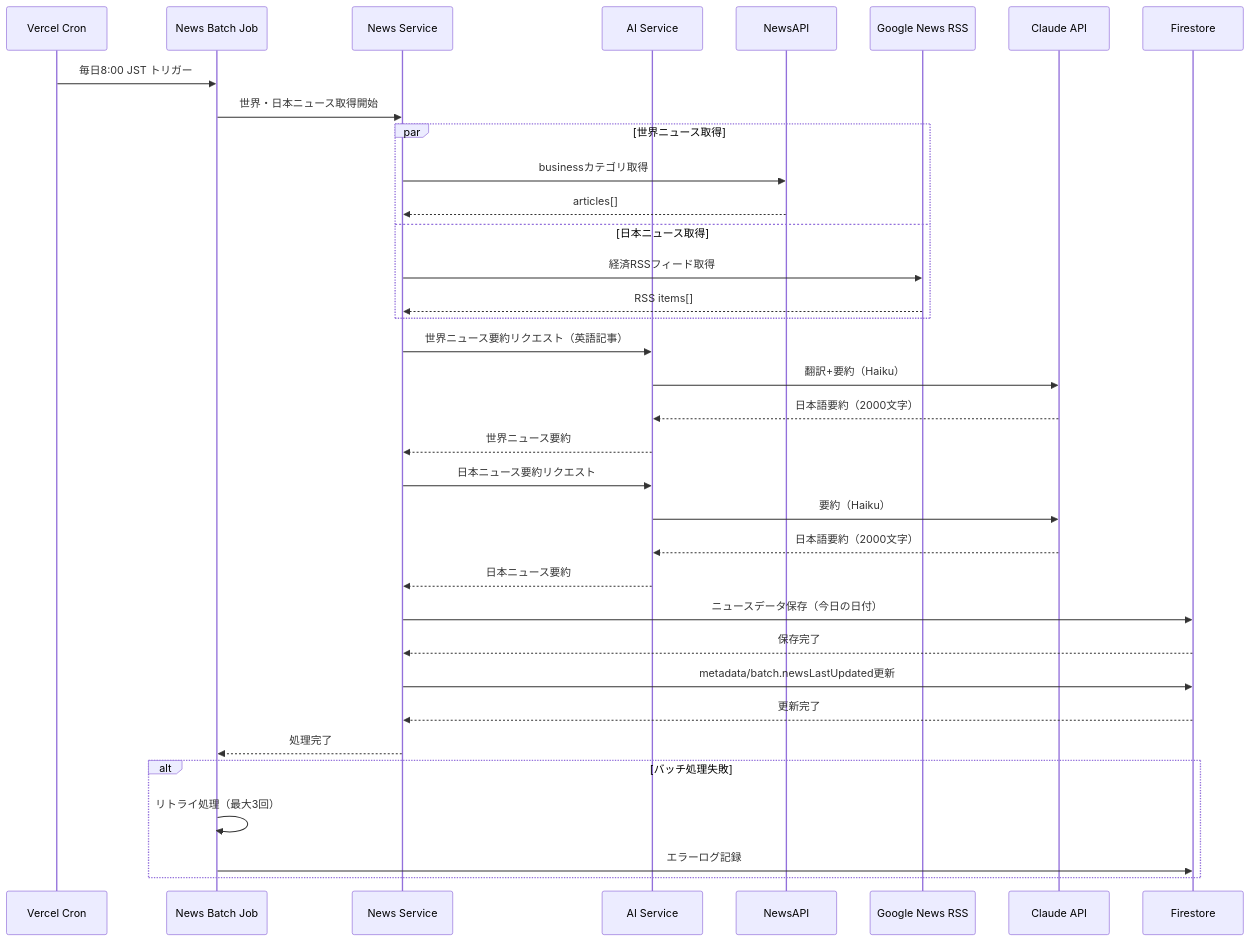
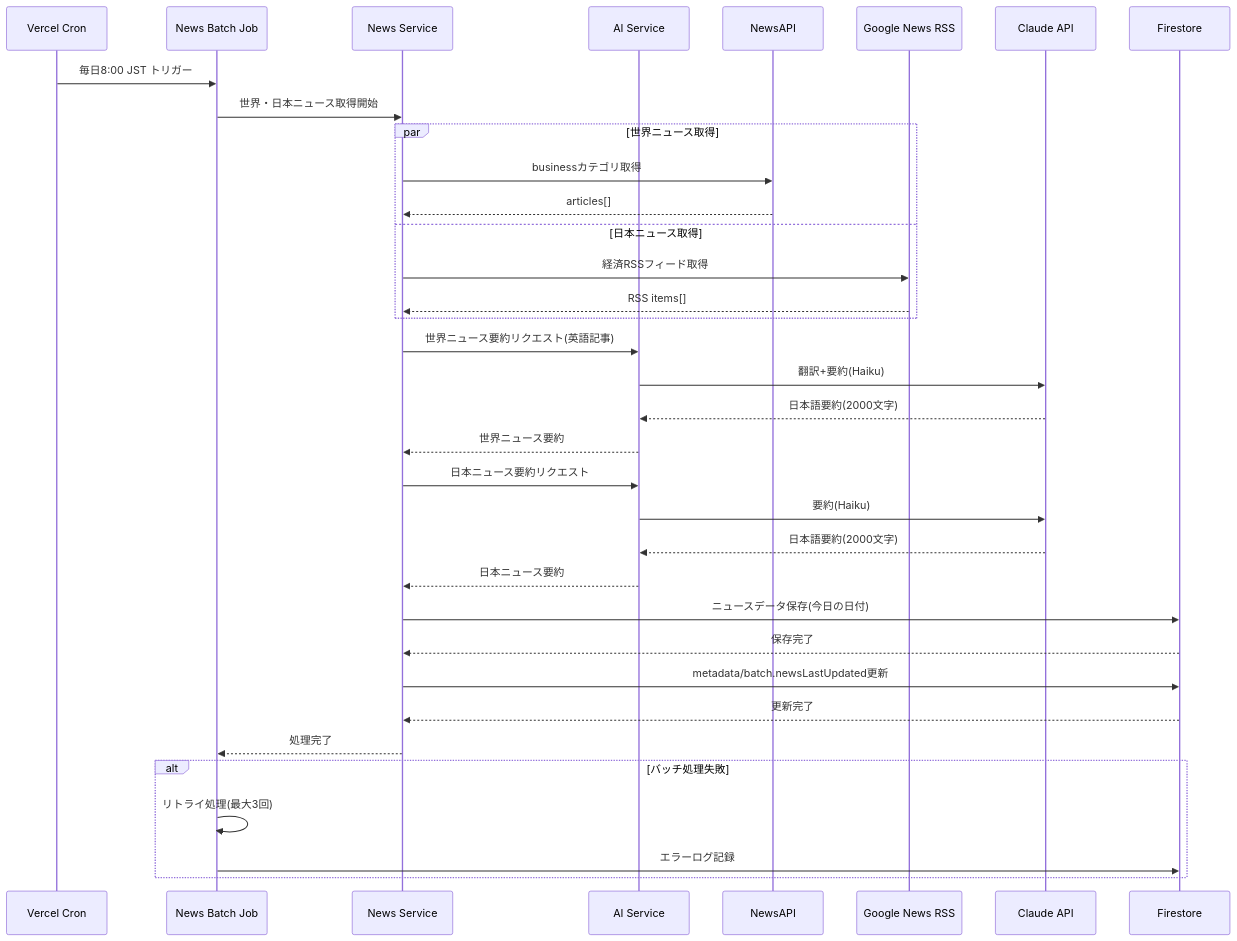
Before and after one commit to acmk189/invest-learning-app: the second of 4 diagrams in .kiro/specs/investment-news-app/design.md, drawn with Mermaid. The commit also changed other lines of this file and 108 other files, not shown here.

````diff
--- a/.kiro/specs/investment-news-app/design.md
+++ b/.kiro/specs/investment-news-app/design.md
@@ -135,43 +135,43 @@
 ```mermaid
 sequenceDiagram
     participant Cron as Vercel Cron
     participant NewsJob as News Batch Job
     participant NewsService as News Service
     participant AIService as AI Service
     participant NewsAPI as NewsAPI
     participant GoogleRSS as Google News RSS
     participant ClaudeAPI as Claude API
     participant Firestore as Firestore
 
     Cron->>NewsJob: 毎日8:00 JST トリガー
     NewsJob->>NewsService: 世界・日本ニュース取得開始
 
     par 世界ニュース取得
         NewsService->>NewsAPI: businessカテゴリ取得
         NewsAPI-->>NewsService: articles[]
     and 日本ニュース取得
         NewsService->>GoogleRSS: 経済RSSフィード取得
         GoogleRSS-->>NewsService: RSS items[]
     end
 
-    NewsService->>AIService: 世界ニュース要約リクエスト（英語記事）
-    AIService->>ClaudeAPI: 翻訳+要約（Haiku）
-    ClaudeAPI-->>AIService: 日本語要約（2000文字）
+    NewsService->>AIService: 世界ニュース要約リクエスト(英語記事)
+    AIService->>ClaudeAPI: 翻訳+要約(Haiku)
+    ClaudeAPI-->>AIService: 日本語要約(2000文字)
     AIService-->>NewsService: 世界ニュース要約
 
     NewsService->>AIService: 日本ニュース要約リクエスト
-    AIService->>ClaudeAPI: 要約（Haiku）
-    ClaudeAPI-->>AIService: 日本語要約（2000文字）
+    AIService->>ClaudeAPI: 要約(Haiku)
+    ClaudeAPI-->>AIService: 日本語要約(2000文字)
     AIService-->>NewsService: 日本ニュース要約
 
-    NewsService->>Firestore: ニュースデータ保存（今日の日付）
+    NewsService->>Firestore: ニュースデータ保存(今日の日付)
     Firestore-->>NewsService: 保存完了
     NewsService->>Firestore: metadata/batch.newsLastUpdated更新
     Firestore-->>NewsService: 更新完了
     NewsService-->>NewsJob: 処理完了
 
     alt バッチ処理失敗
-        NewsJob->>NewsJob: リトライ処理（最大3回）
+        NewsJob->>NewsJob: リトライ処理(最大3回)
         NewsJob->>Firestore: エラーログ記録
     end
 ```
````
